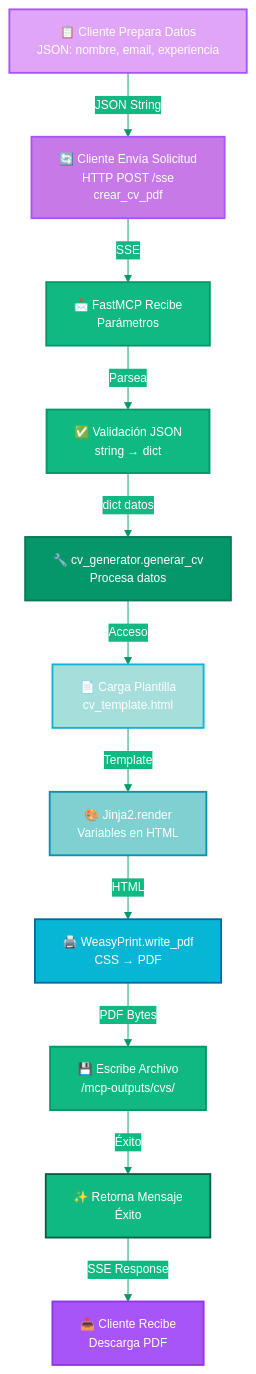
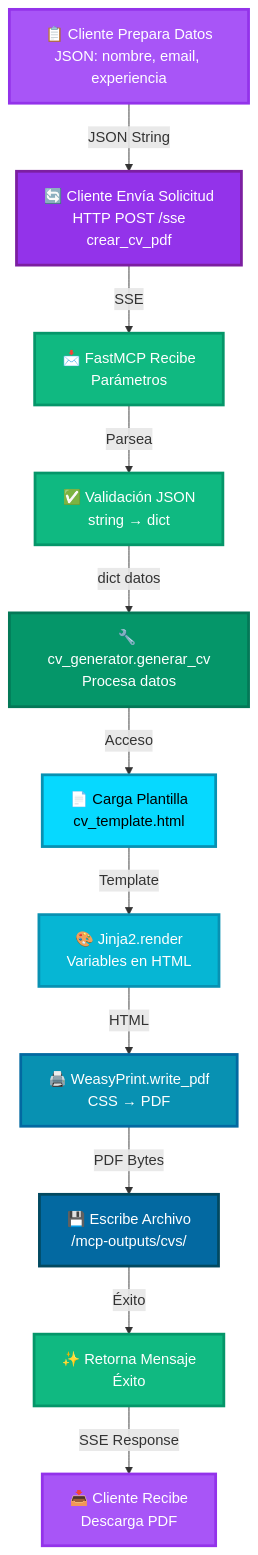
Before and after one commit to cjhirashi/cjhirashi-career: the first of 4 diagrams in docs/DATA_FLOW.md, drawn with Mermaid. The commit also changed other lines of this file and 2 other files, not shown here.

First line of the commit message:
fix: Rebuild Mermaid diagrams with solid color gradients for better visibility

````diff
--- a/docs/DATA_FLOW.md
+++ b/docs/DATA_FLOW.md
@@ -9,40 +9,36 @@
 ```mermaid
-%%{init: {
-  'theme': 'base',
-  'themeVariables': {
-    'primaryColor': '#A855F7',
-    'primaryTextColor': '#ffffff',
-    'primaryBorderColor': '#9333EA',
-    'secondaryColor': '#10B981',
-    'secondaryBorderColor': '#059669',
-    'tertiaryColor': '#06B6D4',
-    'tertiaryBorderColor': '#0891B2',
-    'lineColor': '#059669',
-    'fontSize': '13px'
-  }
-}}%%
-
 graph TD
   A["📋 Cliente Prepara Datos<br/>JSON: nombre, email, experiencia"] -->|"JSON String"| B["🔄 Cliente Envía Solicitud<br/>HTTP POST /sse<br/>crear_cv_pdf"]
   B -->|"SSE"| C["📩 FastMCP Recibe<br/>Parámetros"]
   C -->|"Parsea"| D["✅ Validación JSON<br/>string → dict"]
   D -->|"dict datos"| E["🔧 cv_generator.generar_cv<br/>Procesa datos"]
   E -->|"Acceso"| F["📄 Carga Plantilla<br/>cv_template.html"]
   F -->|"Template"| G["🎨 Jinja2.render<br/>Variables en HTML"]
   G -->|"HTML"| H["🖨️ WeasyPrint.write_pdf<br/>CSS → PDF"]
   H -->|"PDF Bytes"| I["💾 Escribe Archivo<br/>/mcp-outputs/cvs/"]
   I -->|"Éxito"| J["✨ Retorna Mensaje<br/>Éxito"]
   J -->|"SSE Response"| K["📥 Cliente Recibe<br/>Descarga PDF"]
 
-  style A fill:#E0A5F7,stroke:#A855F7,stroke-width:2px,color:#fff
-  style B fill:#C879E8,stroke:#A855F7,stroke-width:2px,color:#fff
-  style C fill:#10B981,stroke:#059669,stroke-width:2px,color:#fff
-  style D fill:#0FB981,stroke:#059669,stroke-width:2px,color:#fff
-  style E fill:#059669,stroke:#047857,stroke-width:2px,color:#fff
-  style F fill:#A5DEDA,stroke:#06B6D4,stroke-width:2px,color:#fff
-  style G fill:#7FD0D0,stroke:#0891B2,stroke-width:2px,color:#fff
-  style H fill:#06B6D4,stroke:#0369A1,stroke-width:2px,color:#fff
-  style I fill:#10B981,stroke:#059669,stroke-width:2px,color:#fff
-  style J fill:#0FB981,stroke:#065F46,stroke-width:2px,color:#fff
-  style K fill:#A855F7,stroke:#9333EA,stroke-width:2px,color:#fff
+  %% MORADO (Cliente/Entrada)
+  style A fill:#A855F7,stroke:#9333EA,stroke-width:3px,color:#fff
+  style B fill:#9333EA,stroke:#7C1FA1,stroke-width:3px,color:#fff
+  
+  %% VERDE CLARO (FastMCP)
+  style C fill:#10B981,stroke:#059669,stroke-width:3px,color:#fff
+  style D fill:#0FB981,stroke:#059669,stroke-width:3px,color:#fff
+  
+  %% VERDE OSCURO (Procesamiento)
+  style E fill:#059669,stroke:#047857,stroke-width:3px,color:#fff
+  
+  %% CYAN CLARO (Plantillas)
+  style F fill:#06D9FF,stroke:#0891B2,stroke-width:3px,color:#000
+  style G fill:#06B6D4,stroke:#0891B2,stroke-width:3px,color:#fff
+  
+  %% CYAN OSCURO (PDF)
+  style H fill:#0891B2,stroke:#0369A1,stroke-width:3px,color:#fff
+  style I fill:#0369A1,stroke:#024960,stroke-width:3px,color:#fff
+  
+  %% VERDE (Respuesta)
+  style J fill:#10B981,stroke:#059669,stroke-width:3px,color:#fff
+  style K fill:#A855F7,stroke:#9333EA,stroke-width:3px,color:#fff
 ```
````
